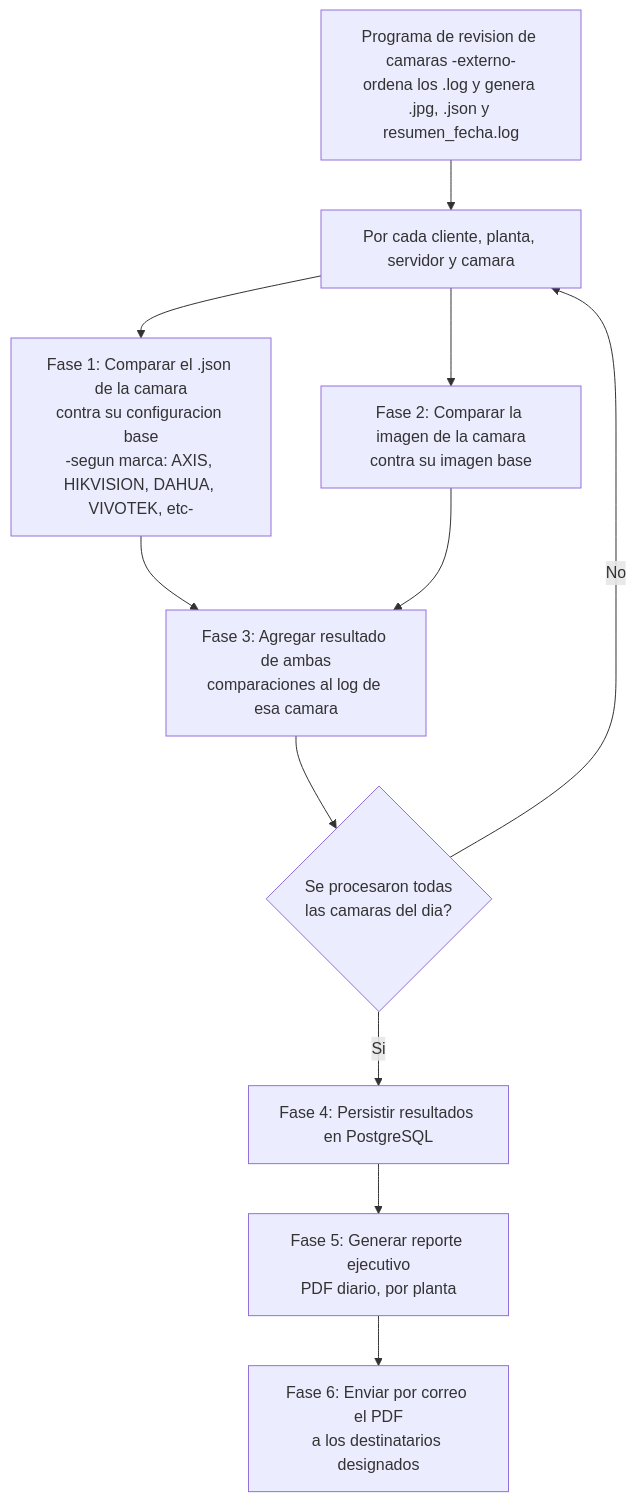
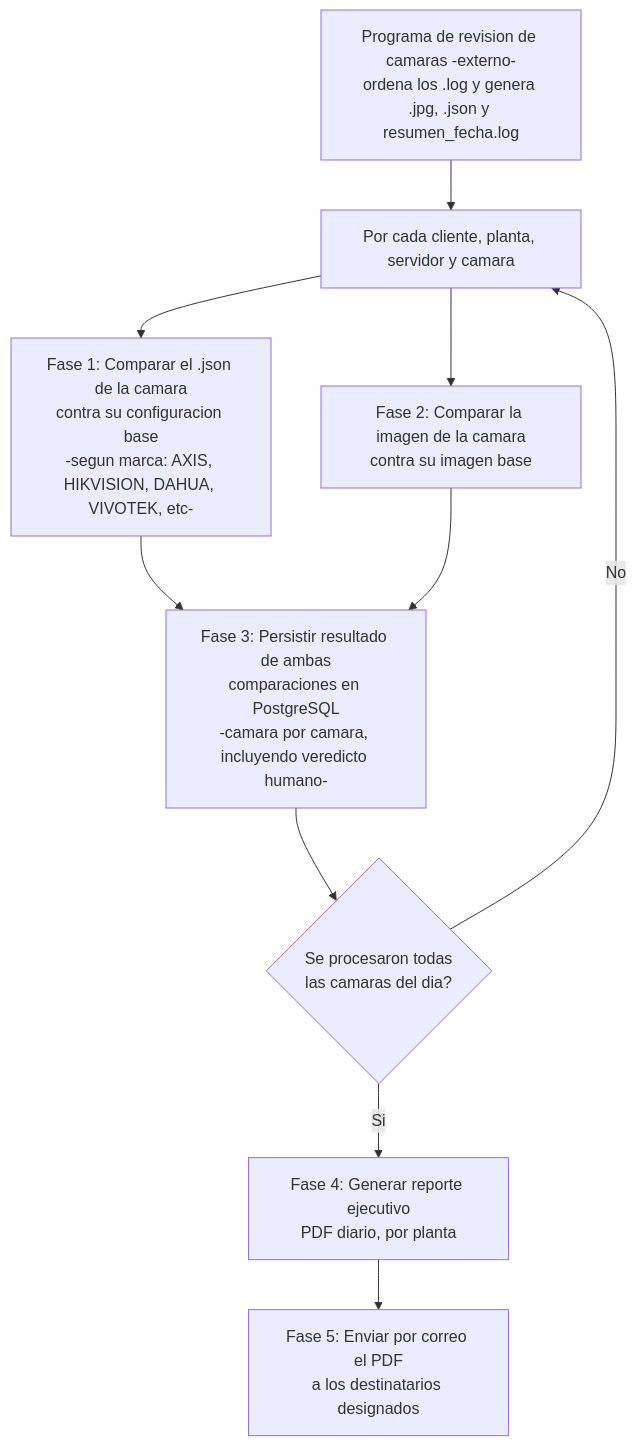
The diagram in ROADMAP.md (imedina27/plant_report), drawn with Mermaid before and after one commit. The commit also changed other lines of this file and 5 other files, not shown here.

````diff
--- a/ROADMAP.md
+++ b/ROADMAP.md
@@ -102,18 +109,17 @@
 ```mermaid
 flowchart TD
     A["Programa de revision de camaras -externo-<br/>ordena los .log y genera .jpg, .json y resumen_fecha.log"]
     A --> B["Por cada cliente, planta, servidor y camara"]
 
     B --> C["Fase 1: Comparar el .json de la camara<br/>contra su configuracion base<br/>-segun marca: AXIS, HIKVISION, DAHUA, VIVOTEK, etc-"]
     B --> D["Fase 2: Comparar la imagen de la camara<br/>contra su imagen base"]
 
-    C --> E["Fase 3: Agregar resultado de ambas<br/>comparaciones al log de esa camara"]
+    C --> E["Fase 3: Persistir resultado de ambas<br/>comparaciones en PostgreSQL<br/>-camara por camara, incluyendo veredicto humano-"]
     D --> E
 
     E --> F{"Se procesaron todas<br/>las camaras del dia?"}
     F -->|No| B
-    F -->|Si| G["Fase 4: Persistir resultados en PostgreSQL"]
+    F -->|Si| H["Fase 4: Generar reporte ejecutivo<br/>PDF diario, por planta"]
 
-    G --> H["Fase 5: Generar reporte ejecutivo<br/>PDF diario, por planta"]
-    H --> I["Fase 6: Enviar por correo el PDF<br/>a los destinatarios designados"]
+    H --> I["Fase 5: Enviar por correo el PDF<br/>a los destinatarios designados"]
 ```
````
